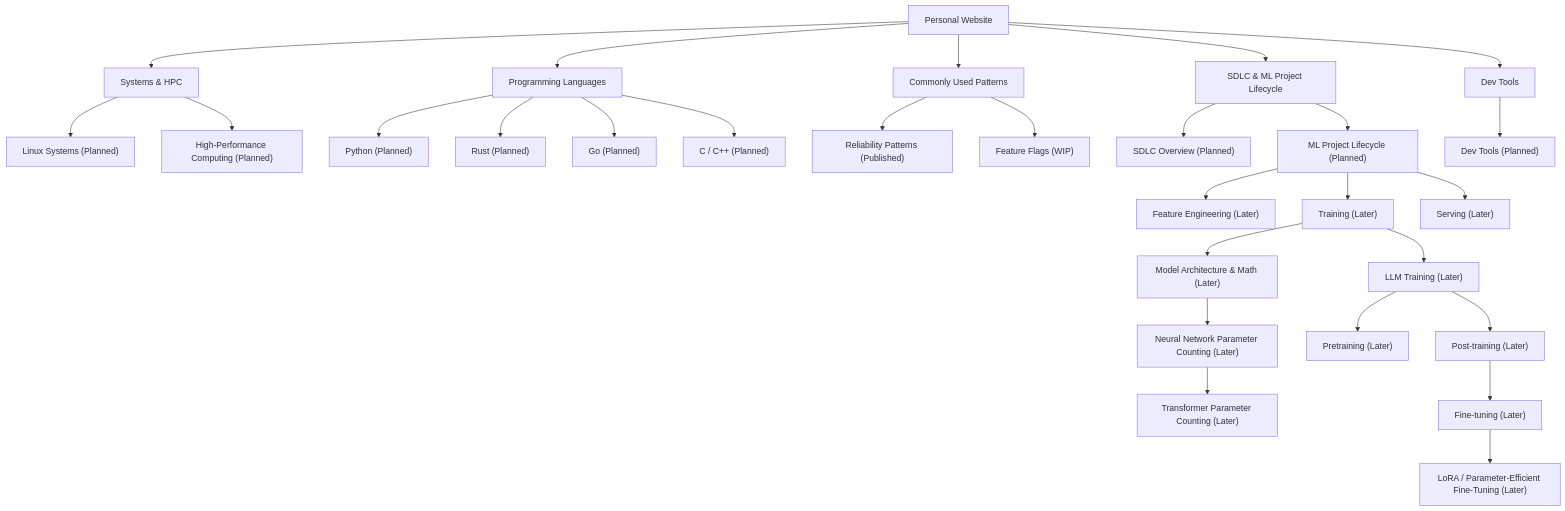
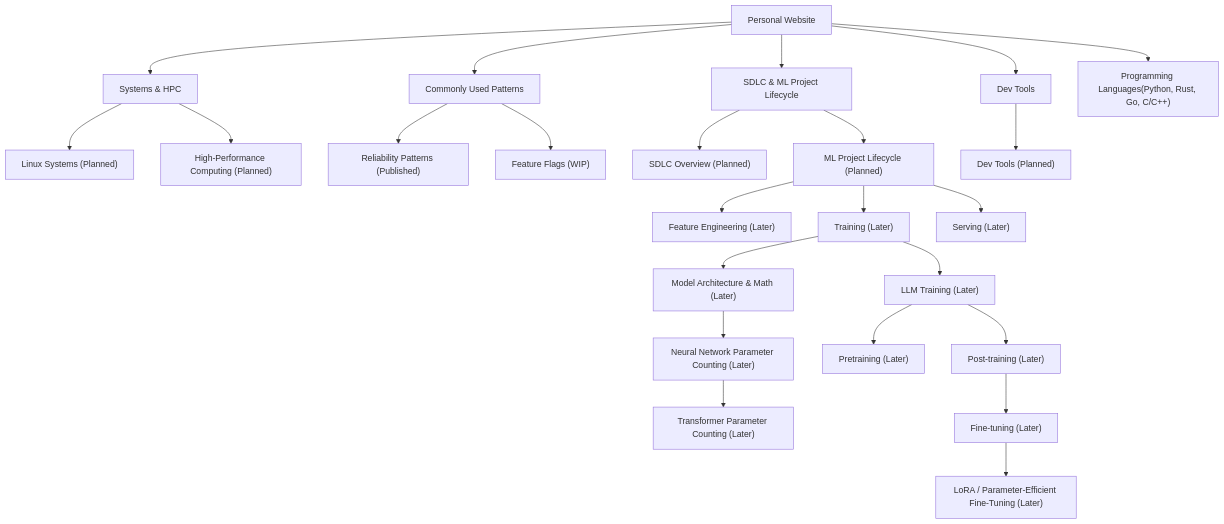
The diagram in src/roadmap/index.md (HCharlie/HCharlie.github.io), drawn with Mermaid before and after one commit.

Commit message:
Simplify programming languages roadmap branch

```diff
--- a/src/roadmap/index.md
+++ b/src/roadmap/index.md
@@ -11,58 +11,50 @@
 <pre class="mermaid">
 flowchart TD
     Site["Personal Website"]
     Patterns["Commonly Used Patterns"]
     Lifecycle["SDLC &amp; ML Project Lifecycle"]
     Tools["Dev Tools"]
     SystemsHPC["Systems &amp; HPC"]
     LinuxSystems["Linux Systems (Planned)"]
     HPC["High-Performance Computing (Planned)"]
-    Languages["Programming Languages"]
-    Python["Python (Planned)"]
-    Rust["Rust (Planned)"]
-    Go["Go (Planned)"]
-    CCpp["C / C++ (Planned)"]
+    Languages["Programming Languages(Python, Rust, Go, C/C++)"]
     Reliability["Reliability Patterns (Published)"]
     FeatureFlags["Feature Flags (WIP)"]
     SDLC["SDLC Overview (Planned)"]
     ML["ML Project Lifecycle (Planned)"]
     FeatureEngineering["Feature Engineering (Later)"]
     Training["Training (Later)"]
     ModelMath["Model Architecture &amp; Math (Later)"]
     ParameterCounting["Neural Network Parameter Counting (Later)"]
     TransformerParams["Transformer Parameter Counting (Later)"]
     LLMTraining["LLM Training (Later)"]
     Pretraining["Pretraining (Later)"]
     PostTraining["Post-training (Later)"]
     FineTuning["Fine-tuning (Later)"]
     LoRA["LoRA / Parameter-Efficient Fine-Tuning (Later)"]
     Serving["Serving (Later)"]
 
     Site --> Patterns
     Site --> Lifecycle
     Site --> Tools
     Site --> SystemsHPC
     SystemsHPC --> LinuxSystems
     SystemsHPC --> HPC
     Site --> Languages
-    Languages --> Python
-    Languages --> Rust
-    Languages --> Go
-    Languages --> CCpp
     Patterns --> Reliability
     Patterns --> FeatureFlags
     Lifecycle --> SDLC
     Lifecycle --> ML
     Tools --> DevTools["Dev Tools (Planned)"]
     ML --> FeatureEngineering
     ML --> Training
     ML --> Serving
     Training --> ModelMath
     ModelMath --> ParameterCounting
     ParameterCounting --> TransformerParams
     Training --> LLMTraining
     LLMTraining --> Pretraining
     LLMTraining --> PostTraining
     PostTraining --> FineTuning
     FineTuning --> LoRA
 </pre>
```
